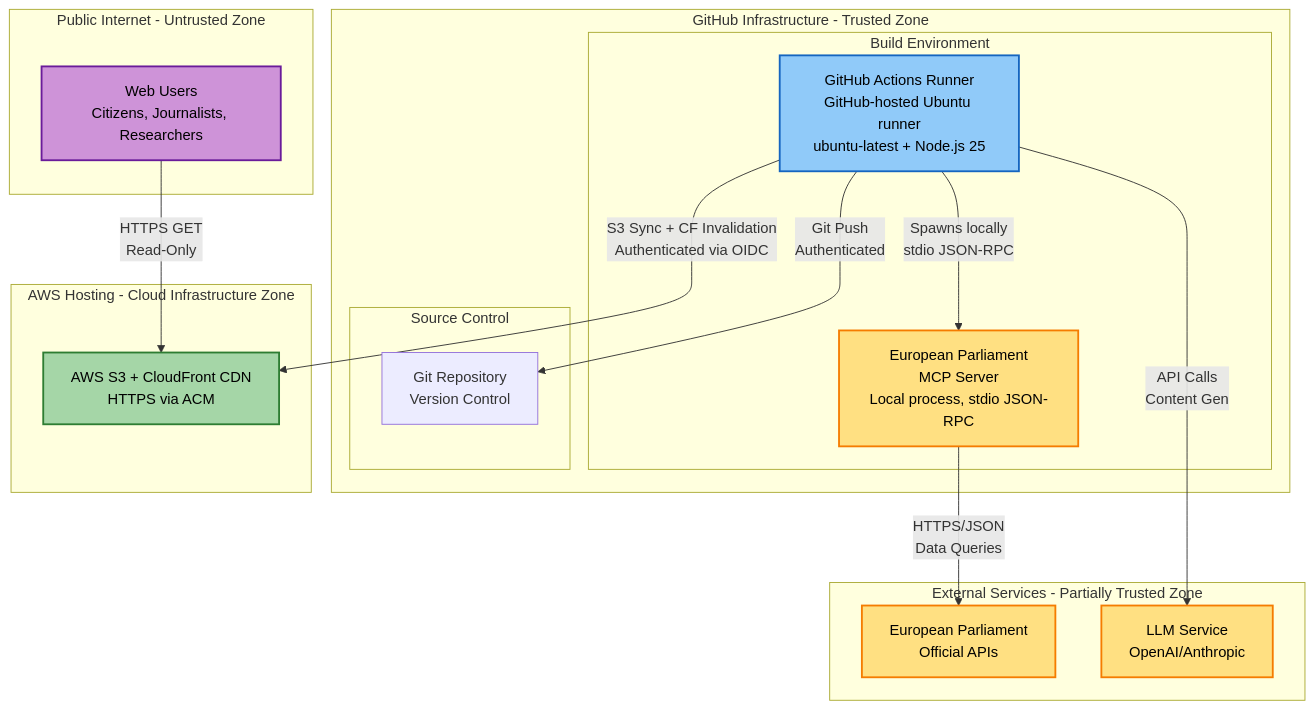
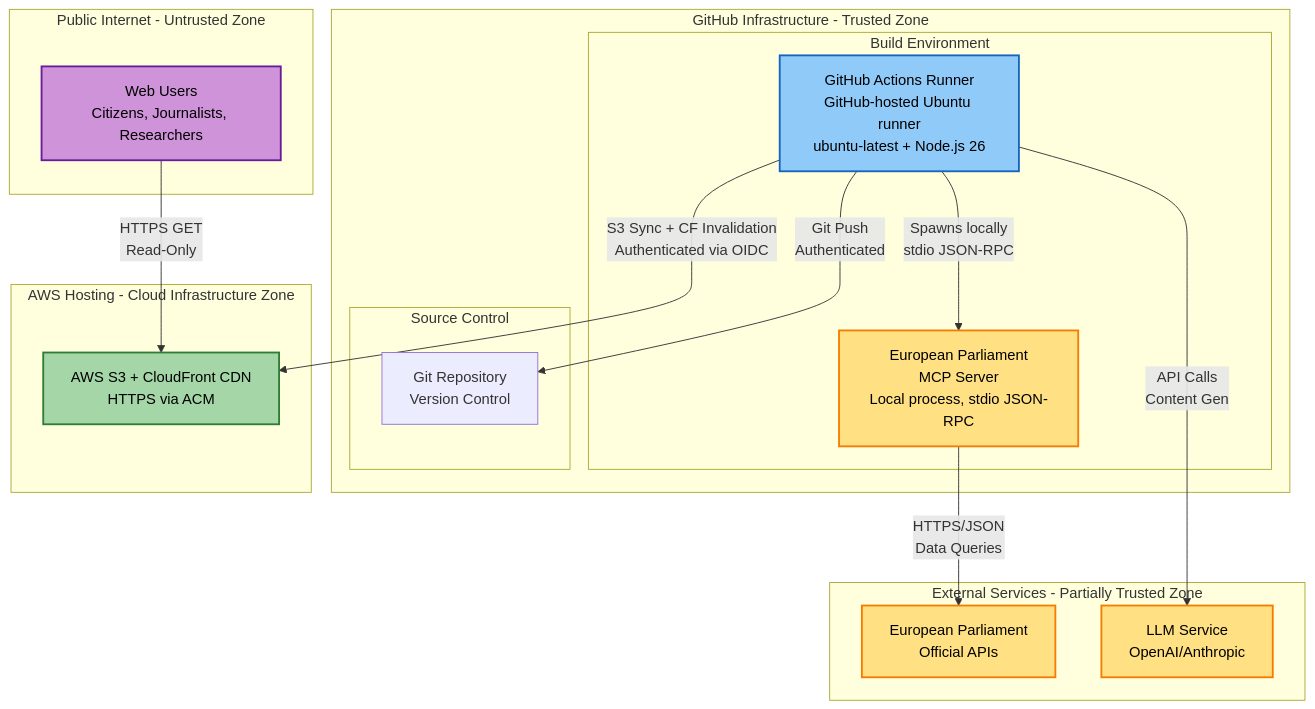
The second of 12 diagrams in ARCHITECTURE.md (Hack23/euparliamentmonitor), drawn with Mermaid before and after one commit. The commit also changed other lines of this file and 99 other files, not shown here.

````diff
--- a/ARCHITECTURE.md
+++ b/ARCHITECTURE.md
@@ -246,43 +246,43 @@
 ```mermaid
 graph TB
     subgraph "Public Internet - Untrusted Zone"
         Users["Web Users\nCitizens, Journalists, Researchers"]
     end
     
     subgraph "GitHub Infrastructure - Trusted Zone"
         subgraph "Build Environment"
-            Actions["GitHub Actions Runner\nGitHub-hosted Ubuntu runner\nubuntu-latest + Node.js 25"]
+            Actions["GitHub Actions Runner\nGitHub-hosted Ubuntu runner\nubuntu-latest + Node.js 26"]
             EPServer["European Parliament\nMCP Server\nLocal process, stdio JSON-RPC"]
         end
         
         subgraph "Source Control"
             Repo["Git Repository\nVersion Control"]
         end
     end
     
     subgraph "AWS Hosting - Cloud Infrastructure Zone"
         Pages["AWS S3 + CloudFront CDN\nHTTPS via ACM"]
     end
     
     subgraph "External Services - Partially Trusted Zone"
         EPAPI["European Parliament\nOfficial APIs"]
         LLM["LLM Service\nOpenAI/Anthropic"]
     end
     
     Users -->|"HTTPS GET\nRead-Only"| Pages
     Actions -->|"Spawns locally\nstdio JSON-RPC"| EPServer
     EPServer -->|"HTTPS/JSON\nData Queries"| EPAPI
     Actions -->|"API Calls\nContent Gen"| LLM
     Actions -->|"Git Push\nAuthenticated"| Repo
     Actions -->|"S3 Sync + CF Invalidation\nAuthenticated via OIDC"| Pages
     
     classDef users fill:#CE93D8,stroke:#6A1B9A,stroke-width:2px,color:#000000
     classDef hosting fill:#A5D6A7,stroke:#2E7D32,stroke-width:2px,color:#000000
     classDef actions fill:#90CAF9,stroke:#1565C0,stroke-width:2px,color:#000000
     classDef external fill:#FFE082,stroke:#F57C00,stroke-width:2px,color:#000000
 
     class Users users
     class Pages hosting
     class Actions actions
     class EPServer,EPAPI,LLM external
 ```
````
